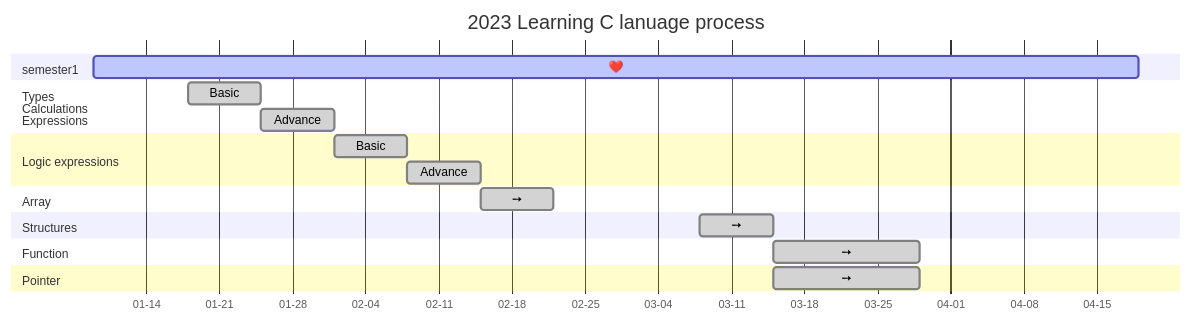
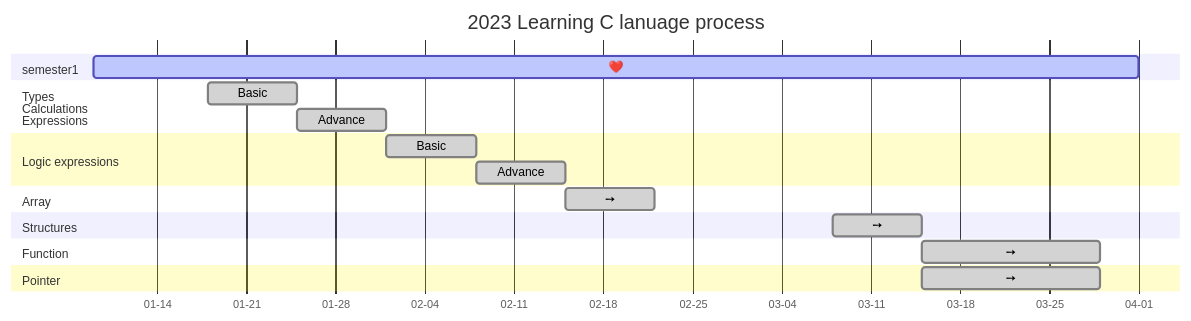
The diagram in README.md (AimeeWen1992/Learning-C), drawn with Mermaid before and after one commit.

````diff
--- a/README.md
+++ b/README.md
@@ -17,29 +17,29 @@
 ```mermaid
 gantt
 title 2023 Learning C lanuage process 
 dateFormat YYYY-MM-DD
 axisFormat %m-%d
 
 section semester1
-        ❤️:active,01-09,100d
+        ❤️:active,01-09,82d
 section Types<br />Calculations<br />Expressions
  Basic   :done,01-18,7d
  Advance :done,01-25,7d
 
 section Logic expressions
 Basic   :done,02-01,7d
 Advance :done,02-08,7d
 
 section Array
        ➙:done,02-15,7d
 
 section Structures
  ➙      :done,03-08,7d
 
 section Function
  ➙   :done,03-15,14d
 
 section Pointer
  ➙   :done,03-15,14d
  
 ```
````
